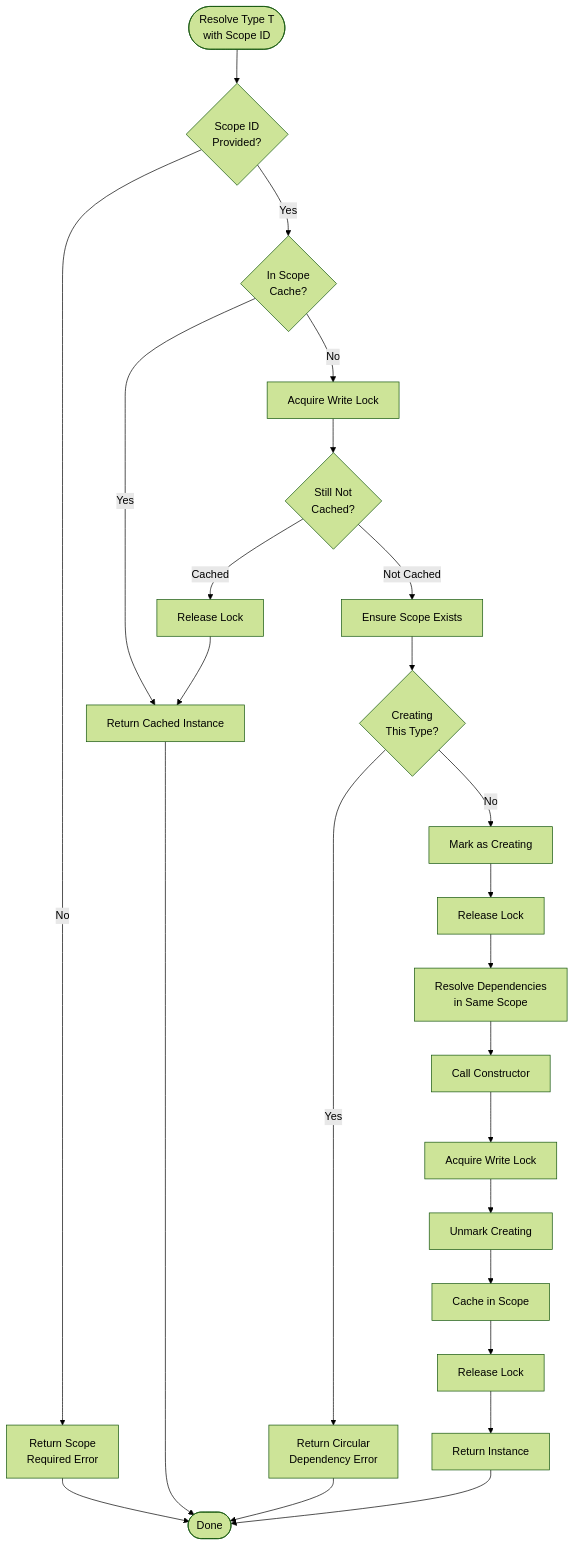
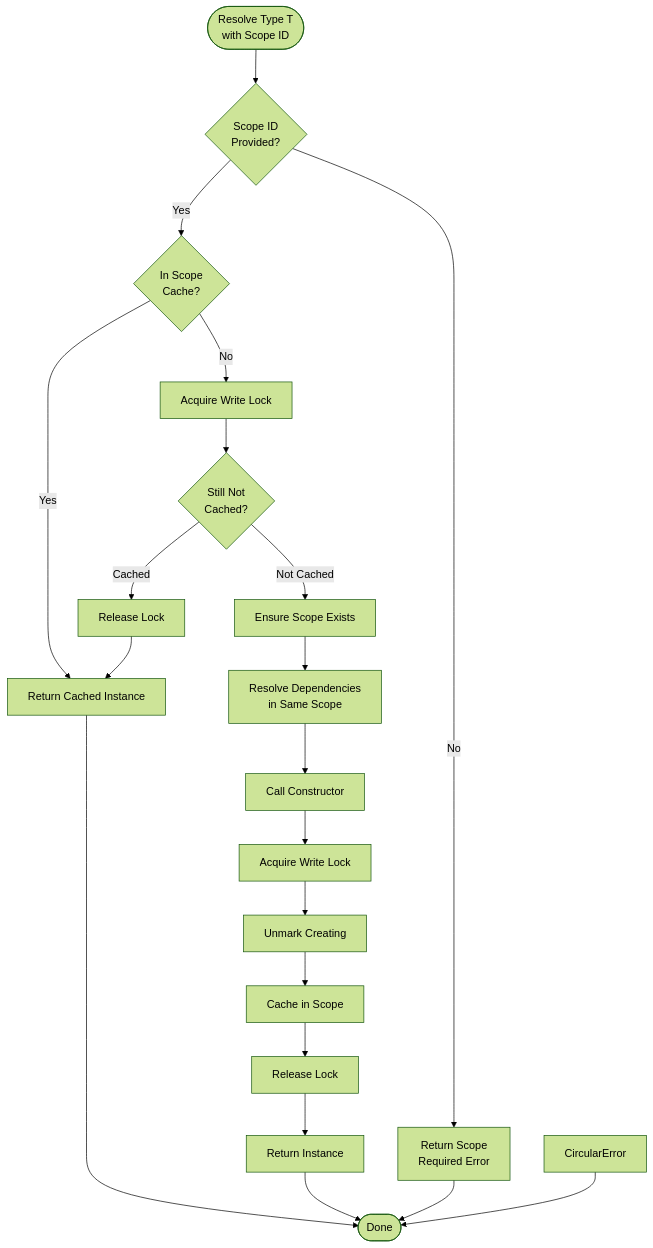
One commit to binodta/depWeaver changed the fourth of 10 diagrams in ARCHITECTURE.md. Above: the diagram before and after it, drawn with Mermaid (forest theme). The commit also changed other lines of this file and 5 other files, not shown here.

Commit message:
refactor: Reimplement circular dependency detection using local resolution stacks and singleton synchronization with channels, updating documentation and adding a concurrency test.

````diff
--- a/ARCHITECTURE.md
+++ b/ARCHITECTURE.md
@@ -153,28 +153,24 @@
 ```mermaid
 flowchart TD
     Start([Resolve Type T<br/>with Scope ID]) --> ValidateScope{Scope ID<br/>Provided?}
     ValidateScope -->|No| ScopeError[Return Scope<br/>Required Error]
     ValidateScope -->|Yes| CheckCache{In Scope<br/>Cache?}
     CheckCache -->|Yes| ReturnCached[Return Cached Instance]
     CheckCache -->|No| AcquireLock[Acquire Write Lock]
     AcquireLock --> DoubleCheck{Still Not<br/>Cached?}
     DoubleCheck -->|Cached| ReleaseLock1[Release Lock]
     ReleaseLock1 --> ReturnCached
     DoubleCheck -->|Not Cached| EnsureScope[Ensure Scope Exists]
-    EnsureScope --> CheckCircular{Creating<br/>This Type?}
-    CheckCircular -->|Yes| CircularError[Return Circular<br/>Dependency Error]
-    CheckCircular -->|No| MarkCreating[Mark as Creating]
-    MarkCreating --> ReleaseLock2[Release Lock]
-    ReleaseLock2 --> ResolveDeps[Resolve Dependencies<br/>in Same Scope]
+    EnsureScope --> ResolveDeps[Resolve Dependencies<br/>in Same Scope]
     ResolveDeps --> CallConstructor[Call Constructor]
     CallConstructor --> AcquireLock2[Acquire Write Lock]
     AcquireLock2 --> UnmarkCreating[Unmark Creating]
     UnmarkCreating --> CacheInScope[Cache in Scope]
     CacheInScope --> ReleaseLock3[Release Lock]
     ReleaseLock3 --> ReturnInstance[Return Instance]
     
     ReturnCached --> End([Done])
     ReturnInstance --> End
     ScopeError --> End
     CircularError --> End
 ```
````
